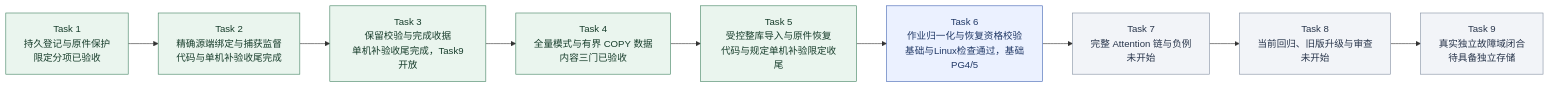
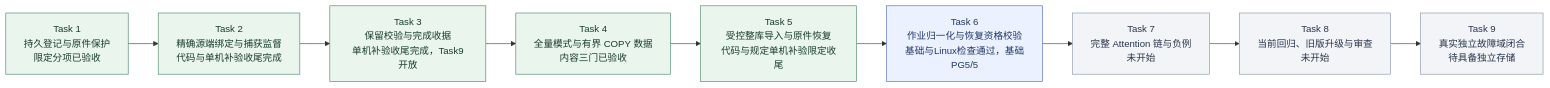
Before and after one commit to MansurnamedZhang/learning-system-p0c4: the second of 9 diagrams in docs/KnowWeave实施路线与系统架构.md, drawn with Mermaid. The commit also changed other lines of this file and 6 other files, not shown here.

````diff
--- a/docs/KnowWeave实施路线与系统架构.md
+++ b/docs/KnowWeave实施路线与系统架构.md
@@ -84,26 +90,26 @@
 ```mermaid
 flowchart LR
     C4T1["Task 1<br/>持久登记与原件保护<br/>限定分项已验收"]
     C4T2["Task 2<br/>精确源端绑定与捕获监督<br/>代码与单机补验收尾完成"]
     C4T3["Task 3<br/>保留校验与完成收据<br/>单机补验收尾完成，Task9开放"]
     C4T4["Task 4<br/>全量模式与有界 COPY 数据<br/>内容三门已验收"]
     C4T5["Task 5<br/>受控整库导入与原件恢复<br/>代码与规定单机补验限定收尾"]
-    C4T6["Task 6<br/>作业归一化与恢复资格校验<br/>基础与Linux检查通过，基础PG4/5"]
+    C4T6["Task 6<br/>作业归一化与恢复资格校验<br/>基础与Linux检查通过，基础PG5/5"]
     C4T7["Task 7<br/>完整 Attention 链与负例<br/>未开始"]
     C4T8["Task 8<br/>当前回归、旧版升级与审查<br/>未开始"]
     C4T9["Task 9<br/>真实独立故障域闭合<br/>待具备独立存储"]
     C4T1 --> C4T2
     C4T2 --> C4T3
     C4T3 --> C4T4
     C4T4 --> C4T5
     C4T5 --> C4T6
     C4T6 --> C4T7
     C4T7 --> C4T8
     C4T8 --> C4T9
     class C4T1,C4T2,C4T3,C4T4,C4T5 done
     class C4T6 next
     class C4T7,C4T8,C4T9 planned
     classDef done fill:#eaf5ee,stroke:#438363,color:#173d2b
     classDef next fill:#ebf1ff,stroke:#4365b4,color:#203866
     classDef planned fill:#f2f4f8,stroke:#8591a3,color:#28354b
 ```
````
